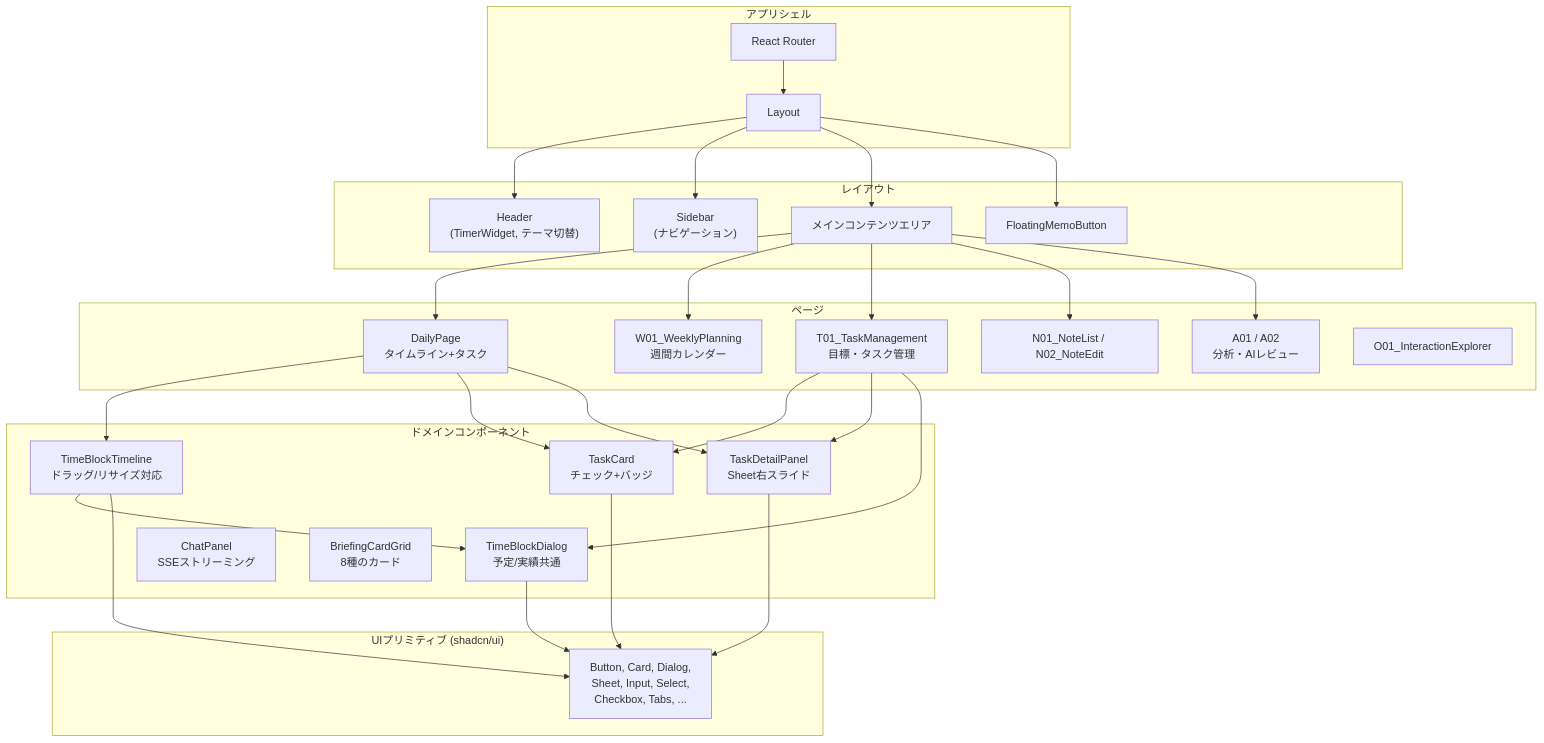
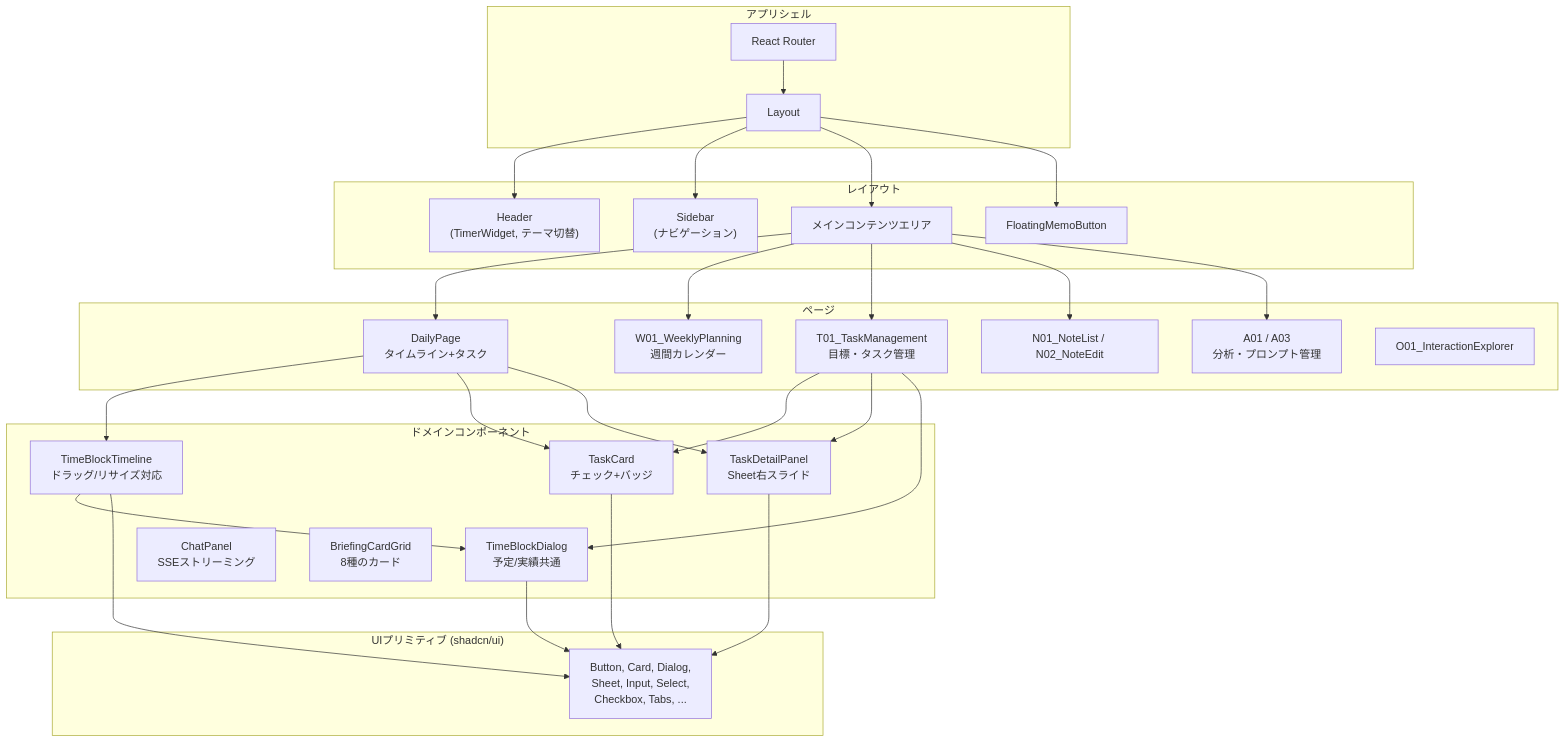
One commit to yu-min3/kensan changed the first of 12 diagrams in src/ARCHITECTURE.md. Above: the diagram before and after it, drawn with Mermaid. The commit also changed other lines of this file and 172 other files, not shown here.

````diff
--- a/src/ARCHITECTURE.md
+++ b/src/ARCHITECTURE.md
@@ -80,60 +82,60 @@
 ```mermaid
 graph TB
     subgraph "アプリシェル"
         Router["React Router"]
         Layout["Layout"]
     end
 
     subgraph "レイアウト"
         Header["Header<br/>(TimerWidget, テーマ切替)"]
         Sidebar["Sidebar<br/>(ナビゲーション)"]
         Main["メインコンテンツエリア"]
         FAB["FloatingMemoButton"]
     end
 
     subgraph "ページ"
         Daily["DailyPage<br/>タイムライン+タスク"]
         Weekly["W01_WeeklyPlanning<br/>週間カレンダー"]
         Tasks["T01_TaskManagement<br/>目標・タスク管理"]
         Notes["N01_NoteList / N02_NoteEdit"]
-        Analytics["A01 / A02<br/>分析・AIレビュー"]
+        Analytics["A01 / A03<br/>分析・プロンプト管理"]
         Interactions["O01_InteractionExplorer"]
     end
 
     subgraph "ドメインコンポーネント"
         Timeline["TimeBlockTimeline<br/>ドラッグ/リサイズ対応"]
         TaskCard["TaskCard<br/>チェック+バッジ"]
         DetailPanel["TaskDetailPanel<br/>Sheet右スライド"]
         TBDialog["TimeBlockDialog<br/>予定/実績共通"]
         ChatPanel["ChatPanel<br/>SSEストリーミング"]
         BriefingCards["BriefingCardGrid<br/>8種のカード"]
     end
 
     subgraph "UIプリミティブ (shadcn/ui)"
         Primitives["Button, Card, Dialog,<br/>Sheet, Input, Select,<br/>Checkbox, Tabs, ..."]
     end
 
     Router --> Layout
     Layout --> Header
     Layout --> Sidebar
     Layout --> Main
     Layout --> FAB
 
     Main --> Daily
     Main --> Weekly
     Main --> Tasks
     Main --> Notes
     Main --> Analytics
 
     Daily --> Timeline
     Daily --> TaskCard
     Daily --> DetailPanel
     Tasks --> TaskCard
     Tasks --> DetailPanel
     Tasks --> TBDialog
     Timeline --> TBDialog
     Timeline --> Primitives
     TaskCard --> Primitives
     DetailPanel --> Primitives
     TBDialog --> Primitives
 ```
````
